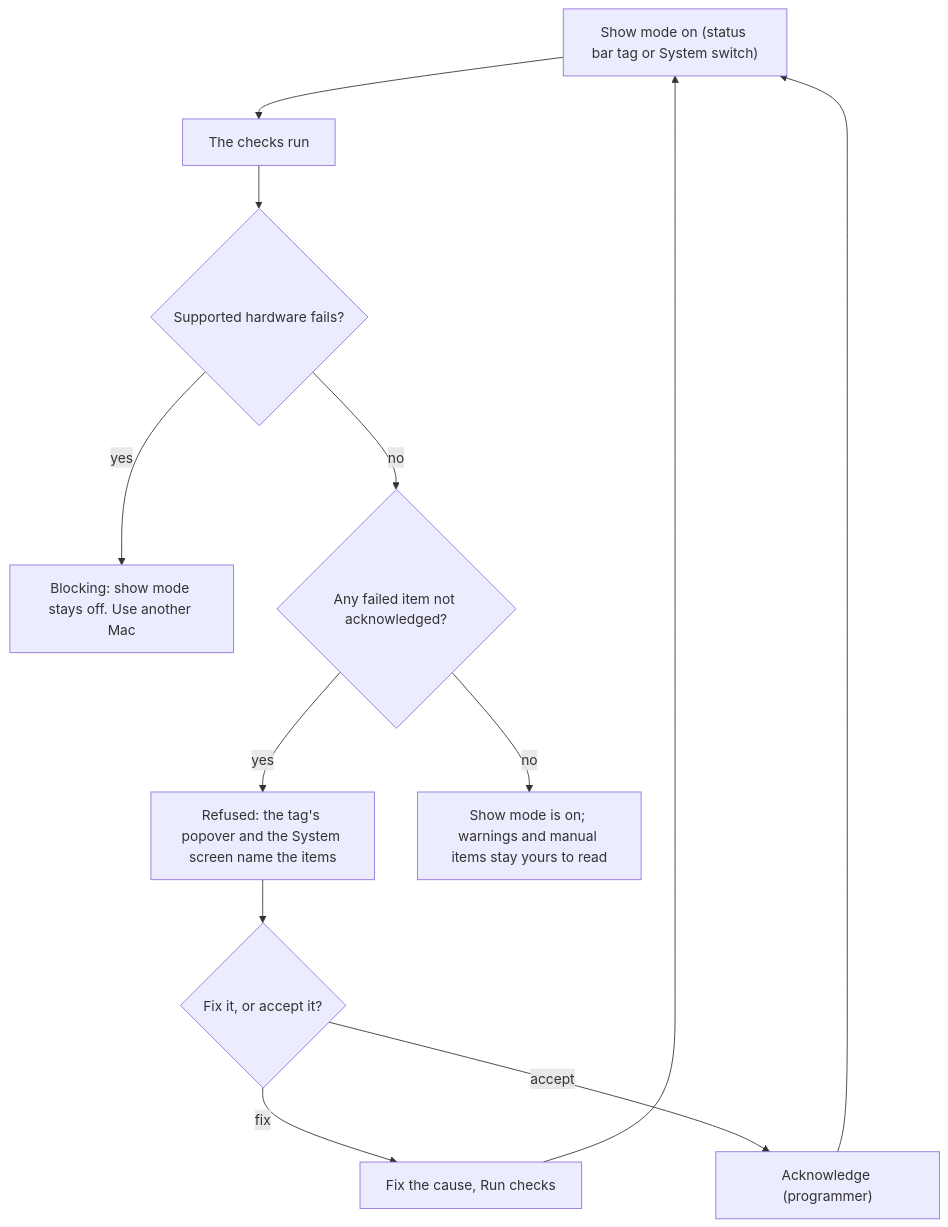
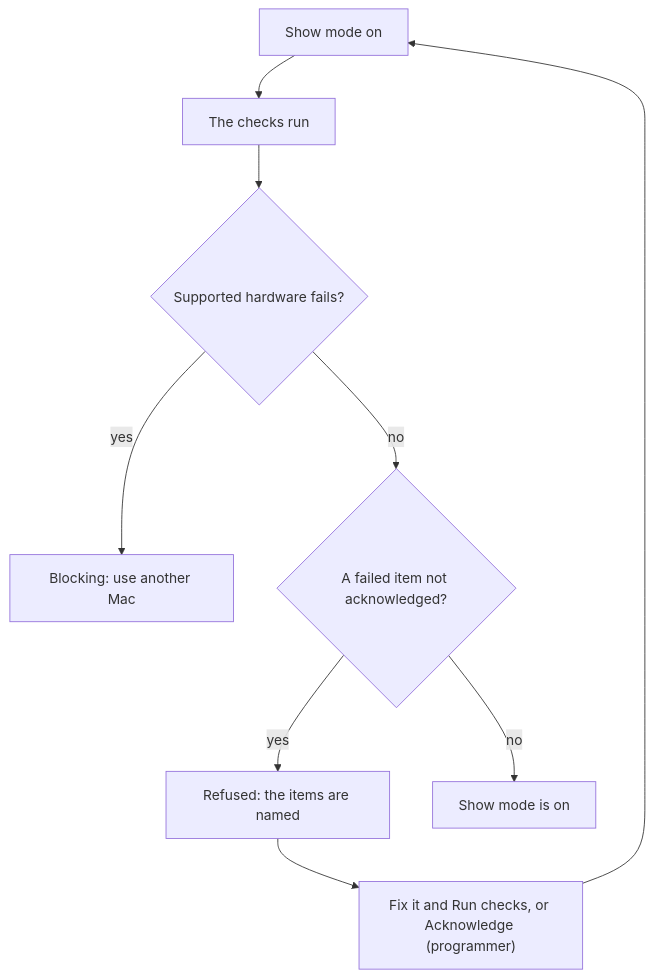
One commit to Timdebruijn/fanous changed the first of 2 diagrams in docs/user/show-day-checklist.md. Above: the diagram before and after it, drawn with Mermaid. The commit also changed other lines of this file and 7 other files, not shown here.

````diff
--- a/docs/user/show-day-checklist.md
+++ b/docs/user/show-day-checklist.md
@@ -103,12 +139,11 @@
 ```mermaid
 flowchart TD
-  on["Show mode on (status bar tag or System switch)"] --> run["The checks run"]
+  on["Show mode on"] --> run["The checks run"]
   run --> hard{"Supported hardware fails?"}
-  hard -- yes --> stop["Blocking: show mode stays off. Use another Mac"]
-  hard -- no --> fail{"Any failed item not acknowledged?"}
-  fail -- yes --> refused["Refused: the tag's popover and the System screen name the items"]
-  refused --> fix{"Fix it, or accept it?"}
-  fix -- fix --> run2["Fix the cause, Run checks"] --> on
-  fix -- accept --> ack["Acknowledge (programmer)"] --> on
-  fail -- no --> in["Show mode is on; warnings and manual items stay yours to read"]
+  hard -- yes --> stop["Blocking: use another Mac"]
+  hard -- no --> fail{"A failed item not acknowledged?"}
+  fail -- yes --> refused["Refused: the items are named"]
+  refused --> fix["Fix it and Run checks, or Acknowledge (programmer)"]
+  fix --> on
+  fail -- no --> in["Show mode is on"]
 ```
````
